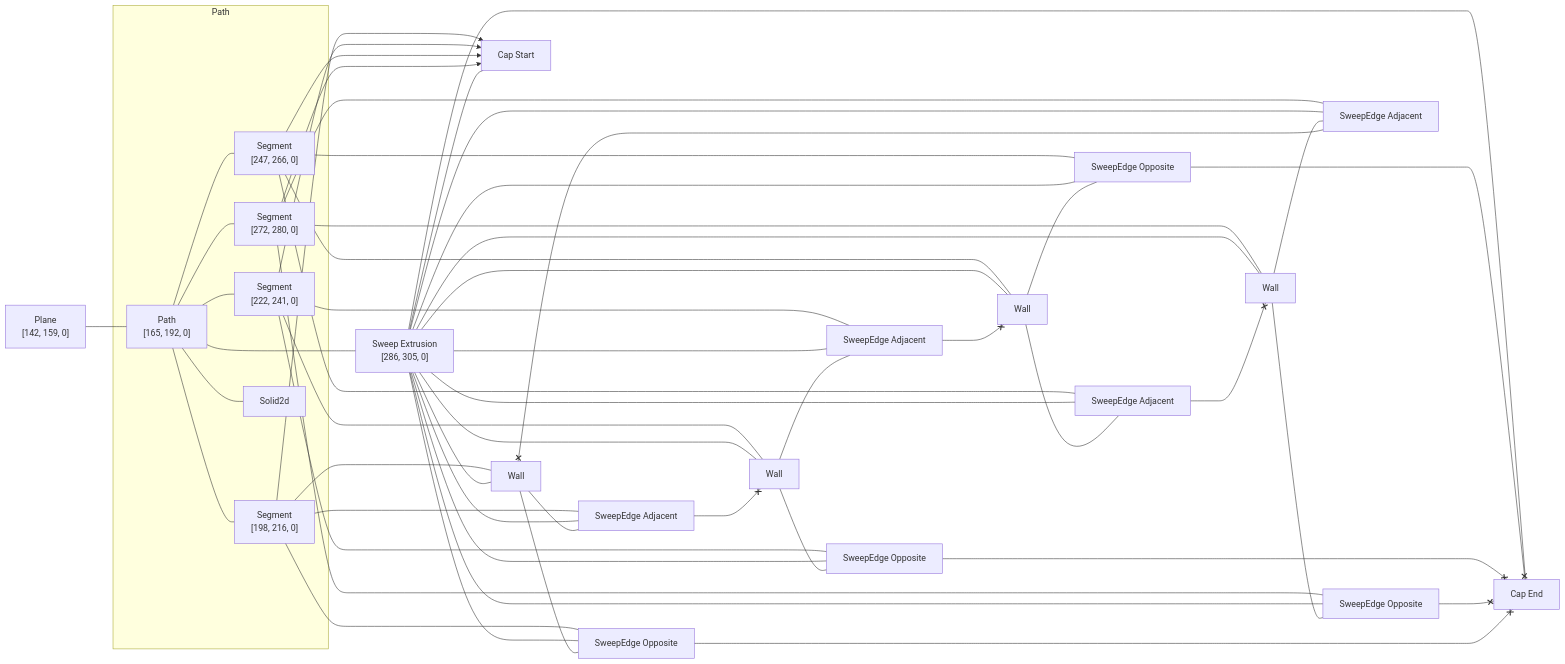
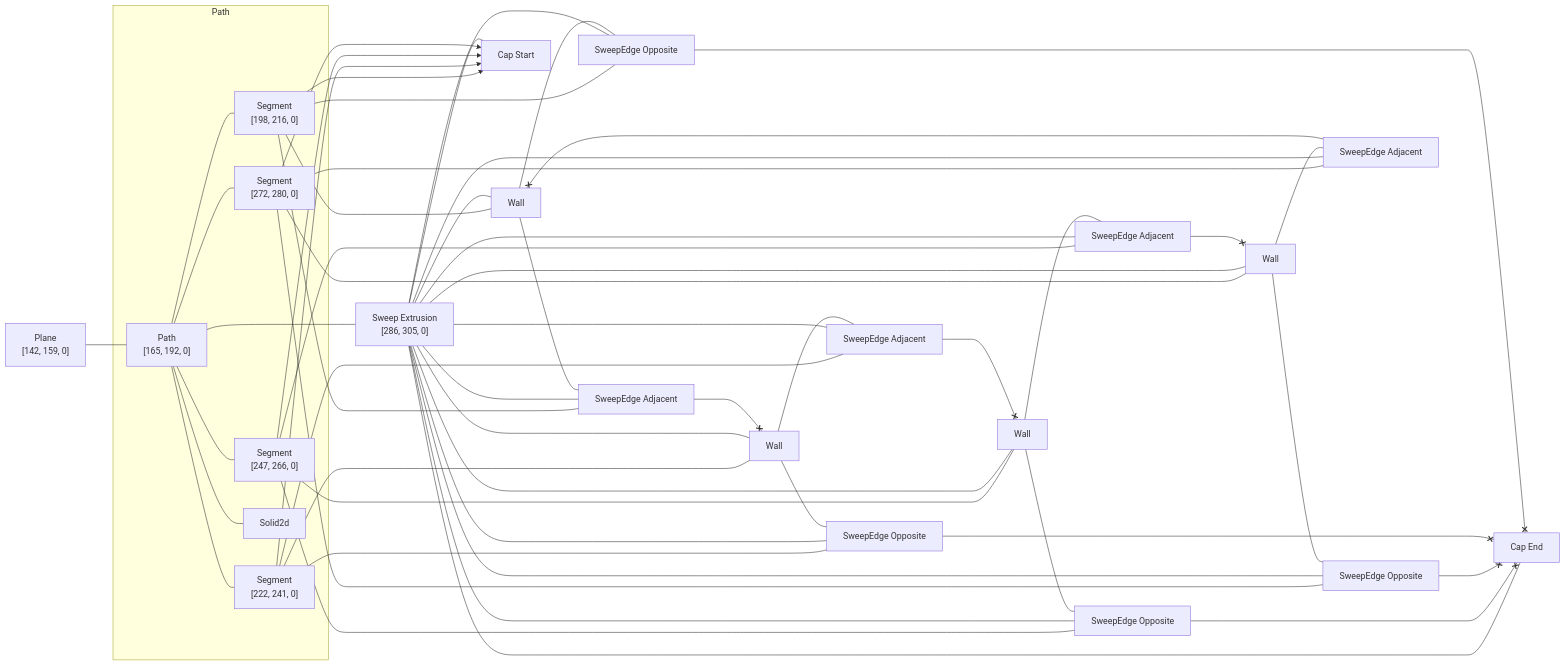
The diagram in rust/kcl-lib/tests/riddle_small/artifact_graph_flowchart.snap.md (rajgandhi1/modeling-app), drawn with Mermaid before and after one commit. The commit also changed 110 other files, not shown here.

````diff
--- a/rust/kcl-lib/tests/riddle_small/artifact_graph_flowchart.snap.md
+++ b/rust/kcl-lib/tests/riddle_small/artifact_graph_flowchart.snap.md
@@ -1,80 +1,80 @@
 ```mermaid
 flowchart LR
   subgraph path2 [Path]
     2["Path<br>[165, 192, 0]"]
     3["Segment<br>[198, 216, 0]"]
     4["Segment<br>[222, 241, 0]"]
     5["Segment<br>[247, 266, 0]"]
     6["Segment<br>[272, 280, 0]"]
     7[Solid2d]
   end
   1["Plane<br>[142, 159, 0]"]
   8["Sweep Extrusion<br>[286, 305, 0]"]
   9[Wall]
   10[Wall]
   11[Wall]
   12[Wall]
   13["Cap Start"]
   14["Cap End"]
   15["SweepEdge Opposite"]
   16["SweepEdge Opposite"]
   17["SweepEdge Opposite"]
   18["SweepEdge Opposite"]
   19["SweepEdge Adjacent"]
   20["SweepEdge Adjacent"]
   21["SweepEdge Adjacent"]
   22["SweepEdge Adjacent"]
   1 --- 2
   2 --- 3
   2 --- 4
   2 --- 5
   2 --- 6
   2 --- 7
   2 ---- 8
   3 --- 12
   3 x--> 13
   3 --- 18
-  3 --- 20
+  3 --- 19
   4 --- 10
   4 x--> 13
-  4 --- 16
+  4 --- 17
   4 --- 22
   5 --- 9
   5 x--> 13
   5 --- 15
-  5 --- 21
+  5 --- 20
   6 --- 11
   6 x--> 13
-  6 --- 17
-  6 --- 19
+  6 --- 16
+  6 --- 21
   8 --- 9
   8 --- 10
   8 --- 11
   8 --- 12
   8 --- 13
   8 --- 14
   8 --- 15
   8 --- 16
   8 --- 17
   8 --- 18
   8 --- 19
   8 --- 20
   8 --- 21
   8 --- 22
   9 --- 15
-  9 --- 21
+  9 --- 20
   22 <--x 9
-  10 --- 16
-  20 <--x 10
+  10 --- 17
+  19 <--x 10
   10 --- 22
-  11 --- 17
-  11 --- 19
-  21 <--x 11
+  11 --- 16
+  20 <--x 11
+  11 --- 21
   12 --- 18
-  19 <--x 12
-  12 --- 20
+  12 --- 19
+  21 <--x 12
   15 <--x 14
   16 <--x 14
   17 <--x 14
   18 <--x 14
 ```
````
